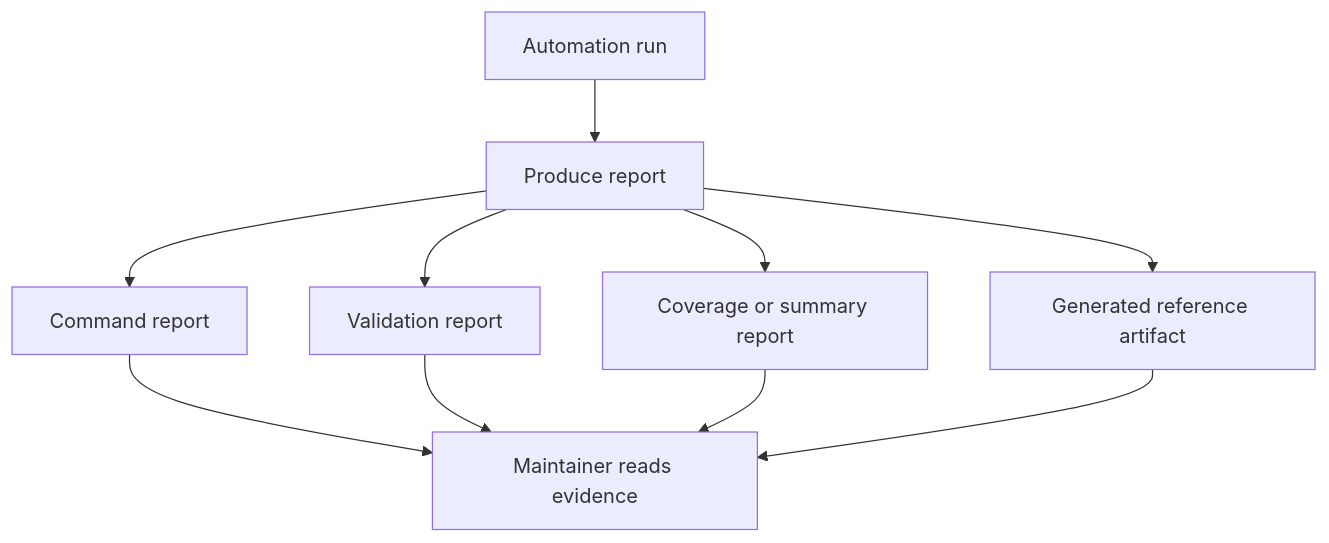
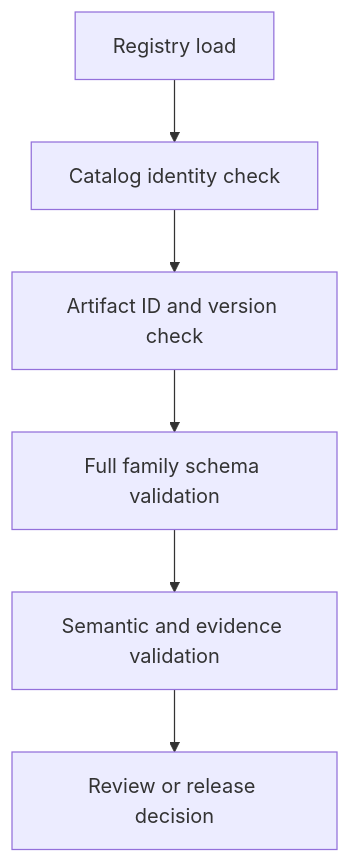
One commit to bijux/bijux-atlas changed the diagram in docs/bijux-atlas-dev/automation/automation-reports-reference.md. Above: the diagram before and after it, drawn with Mermaid. The commit also changed other lines of this file and 1 other file, not shown here.

Commit message:
docs(reports): distinguish evidence validation depths

````diff
--- a/docs/bijux-atlas-dev/automation/automation-reports-reference.md
+++ b/docs/bijux-atlas-dev/automation/automation-reports-reference.md
@@ -16,13 +62,8 @@
 ```mermaid
 flowchart TD
-    Run[Automation run] --> Produce[Produce report]
-    Produce --> Command[Command report]
-    Produce --> Validation[Validation report]
-    Produce --> Summary[Coverage or summary report]
-    Produce --> Reference[Generated reference artifact]
-
-    Command --> Read[Maintainer reads evidence]
-    Validation --> Read
-    Summary --> Read
-    Reference --> Read
+    Registry[Registry load] --> Catalog[Catalog identity check]
+    Catalog --> Identity[Artifact ID and version check]
+    Identity --> Schema[Full family schema validation]
+    Schema --> Meaning[Semantic and evidence validation]
+    Meaning --> Decision[Review or release decision]
 ```
````
